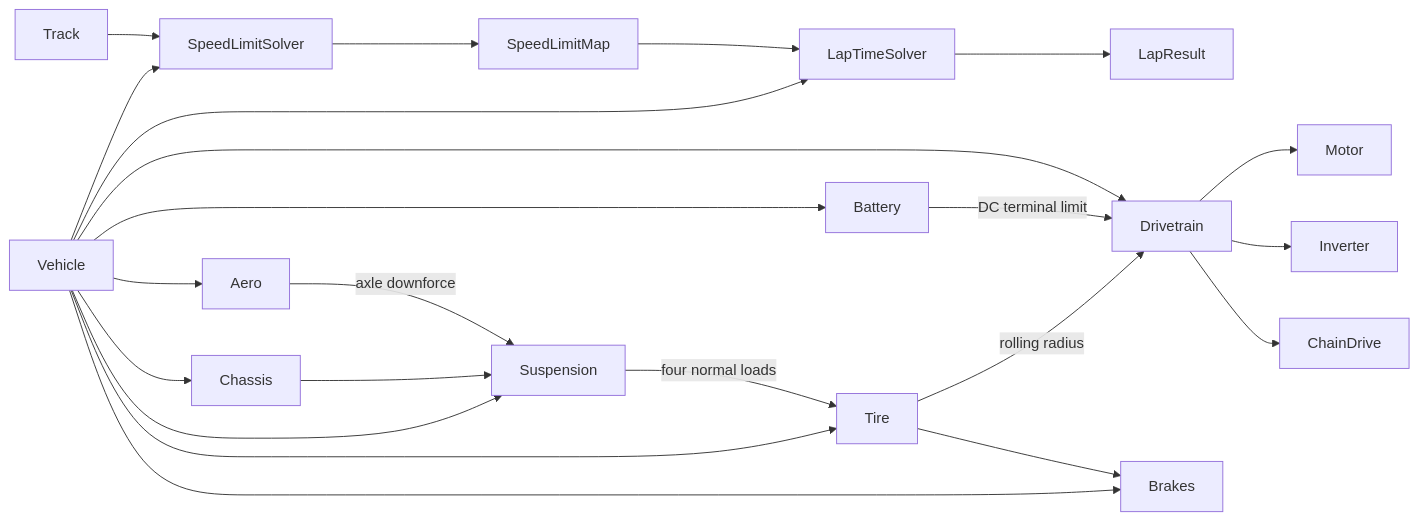
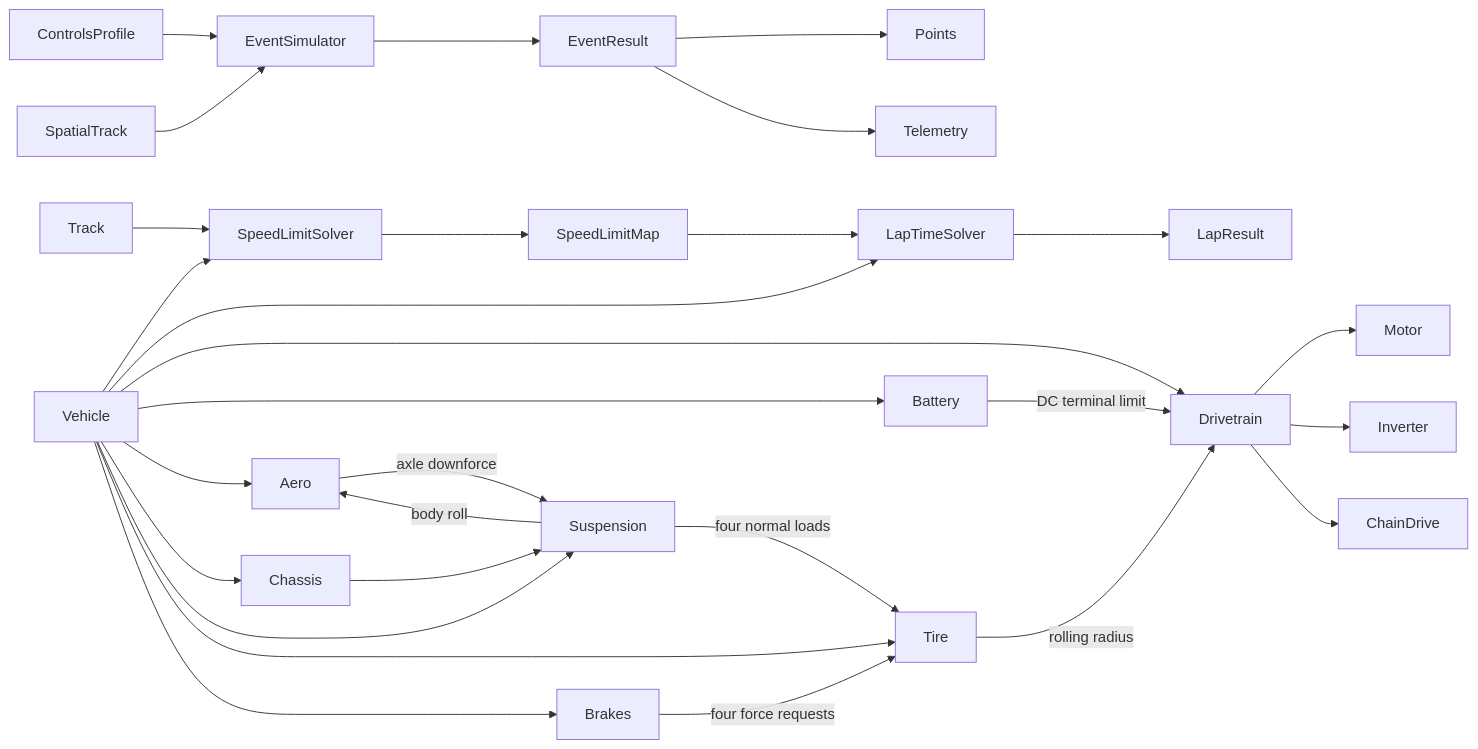
One commit to terps-racing-ev/lapsim changed the diagram in docs/architecture.md. Above: the diagram before and after it, drawn with Mermaid. The commit also changed other lines of this file and 84 other files, not shown here.

````diff
--- a/docs/architecture.md
+++ b/docs/architecture.md
@@ -12,22 +20,28 @@
 ```mermaid
 flowchart LR
+    ControlsProfile --> EventSimulator
+    SpatialTrack --> EventSimulator
+    EventSimulator --> EventResult
+    EventResult --> Points
+    EventResult --> Telemetry
     Track --> SpeedLimitSolver --> SpeedLimitMap --> LapTimeSolver --> LapResult
     Vehicle --> SpeedLimitSolver
     Vehicle --> LapTimeSolver
     Vehicle --> Drivetrain
     Vehicle --> Battery
     Vehicle --> Aero
     Vehicle --> Chassis
     Vehicle --> Suspension
     Vehicle --> Tire
     Vehicle --> Brakes
     Battery -->|"DC terminal limit"| Drivetrain
     Drivetrain --> Motor
     Drivetrain --> Inverter
     Drivetrain --> ChainDrive
     Tire -->|"rolling radius"| Drivetrain
     Aero -->|"axle downforce"| Suspension
+    Suspension -->|"body roll"| Aero
     Chassis --> Suspension
     Suspension -->|"four normal loads"| Tire
-    Tire --> Brakes
+    Brakes -->|"four force requests"| Tire
 ```
````
